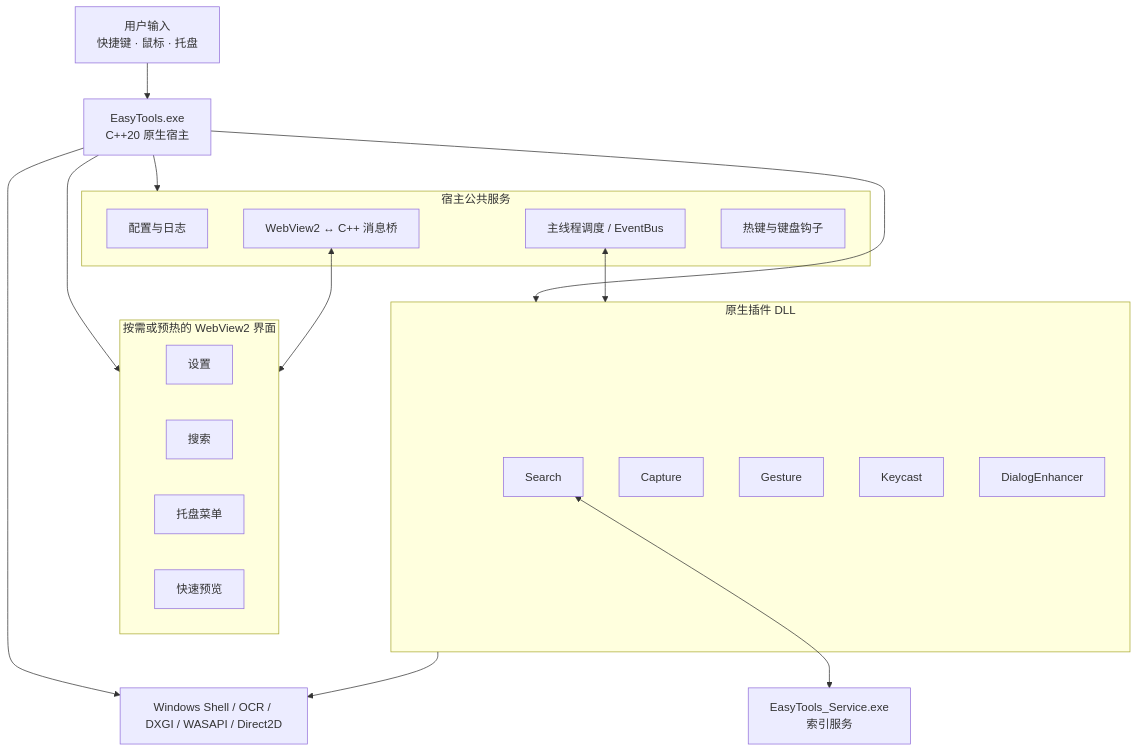
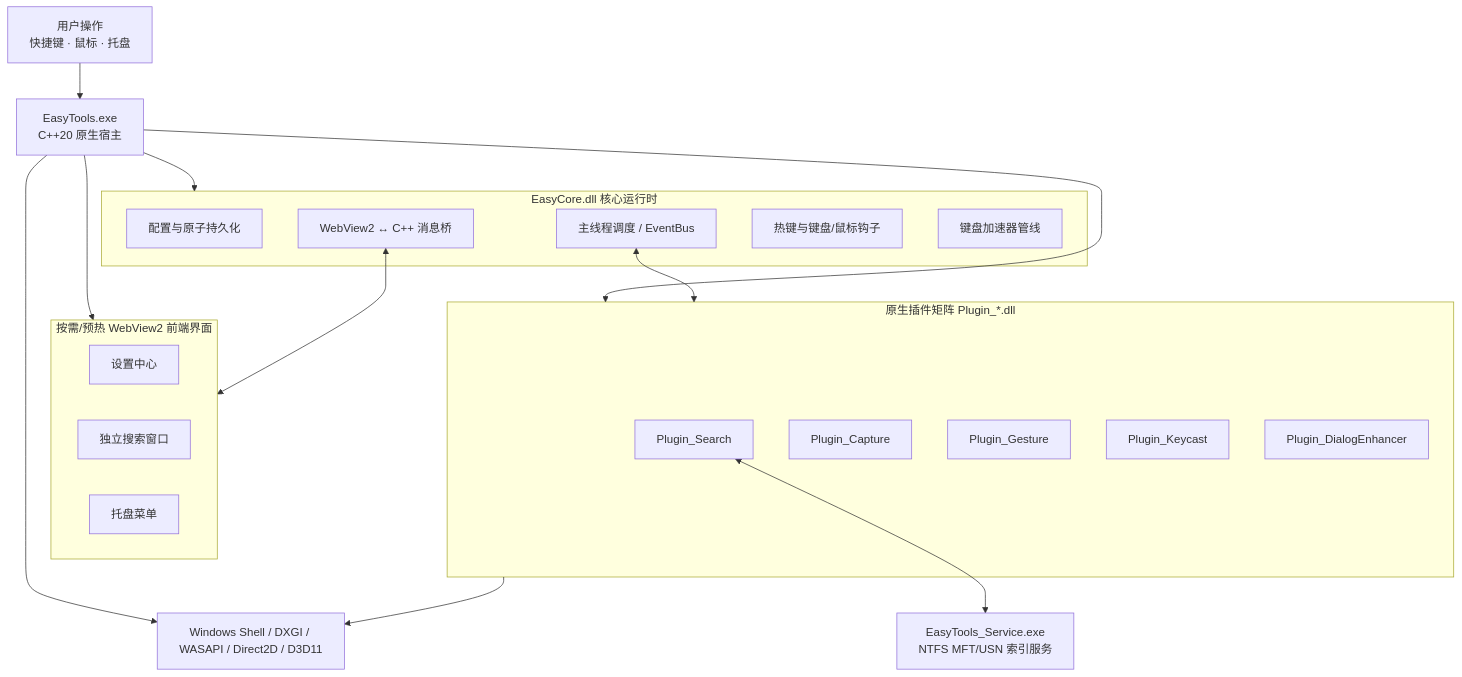
Before and after one commit to yuan278501381/EasyTools: the diagram in README.md, drawn with Mermaid. The commit also changed other lines of this file and 15 other files, not shown here.

First line of the commit message:
docs: 全面重构中英文官方 README 并嵌入 6 大核心模块成对高清动图与截图

````diff
--- a/README.md
+++ b/README.md
@@ -128,35 +187,35 @@
 ```mermaid
 flowchart TB
-    User[用户输入<br/>快捷键 · 鼠标 · 托盘] --> Host[EasyTools.exe<br/>C++20 原生宿主]
+    User[用户操作<br/>快捷键 · 鼠标 · 托盘] --> Host[EasyTools.exe<br/>C++20 原生宿主]
 
-    subgraph Core[宿主公共服务]
-        Config[配置与日志]
+    subgraph Core[EasyCore.dll 核心运行时]
+        Config[配置与原子持久化]
         Dispatch[主线程调度 / EventBus]
         Bridge[WebView2 ↔ C++ 消息桥]
-        Input[热键与键盘钩子]
+        Input[热键与键盘/鼠标钩子]
+        Pipeline[键盘加速器管线]
     end
 
-    subgraph UI[按需或预热的 WebView2 界面]
-        Settings[设置]
-        SearchUI[搜索]
+    subgraph UI[按需/预热 WebView2 前端界面]
+        Settings[设置中心]
+        SearchUI[独立搜索窗口]
         Tray[托盘菜单]
-        Preview[快速预览]
     end
 
-    subgraph Plugins[原生插件 DLL]
-        Search[Search]
-        Capture[Capture]
-        Gesture[Gesture]
-        Keycast[Keycast]
-        Dialog[DialogEnhancer]
+    subgraph Plugins[原生插件矩阵 Plugin_*.dll]
+        Search[Plugin_Search]
+        Capture[Plugin_Capture]
+        Gesture[Plugin_Gesture]
+        Keycast[Plugin_Keycast]
+        Dialog[Plugin_DialogEnhancer]
     end
 
     Host --> Core
     Host --> UI
     Host --> Plugins
     Bridge <--> UI
     Dispatch <--> Plugins
-    Search <--> Service[EasyTools_Service.exe<br/>索引服务]
-    Host --> WinAPI[Windows Shell / OCR / DXGI / WASAPI / Direct2D]
+    Search <--> Service[EasyTools_Service.exe<br/>NTFS MFT/USN 索引服务]
+    Host --> WinAPI[Windows Shell / DXGI / WASAPI / Direct2D / D3D11]
     Plugins --> WinAPI
 ```
````
